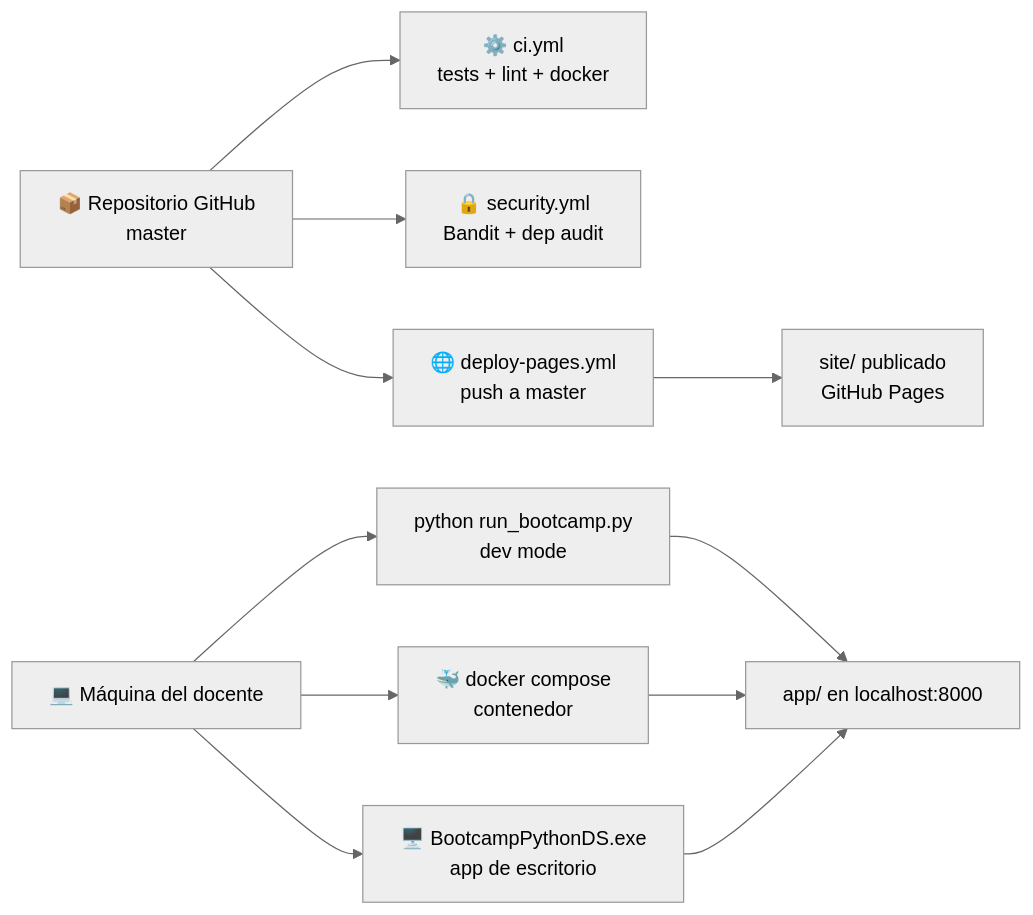
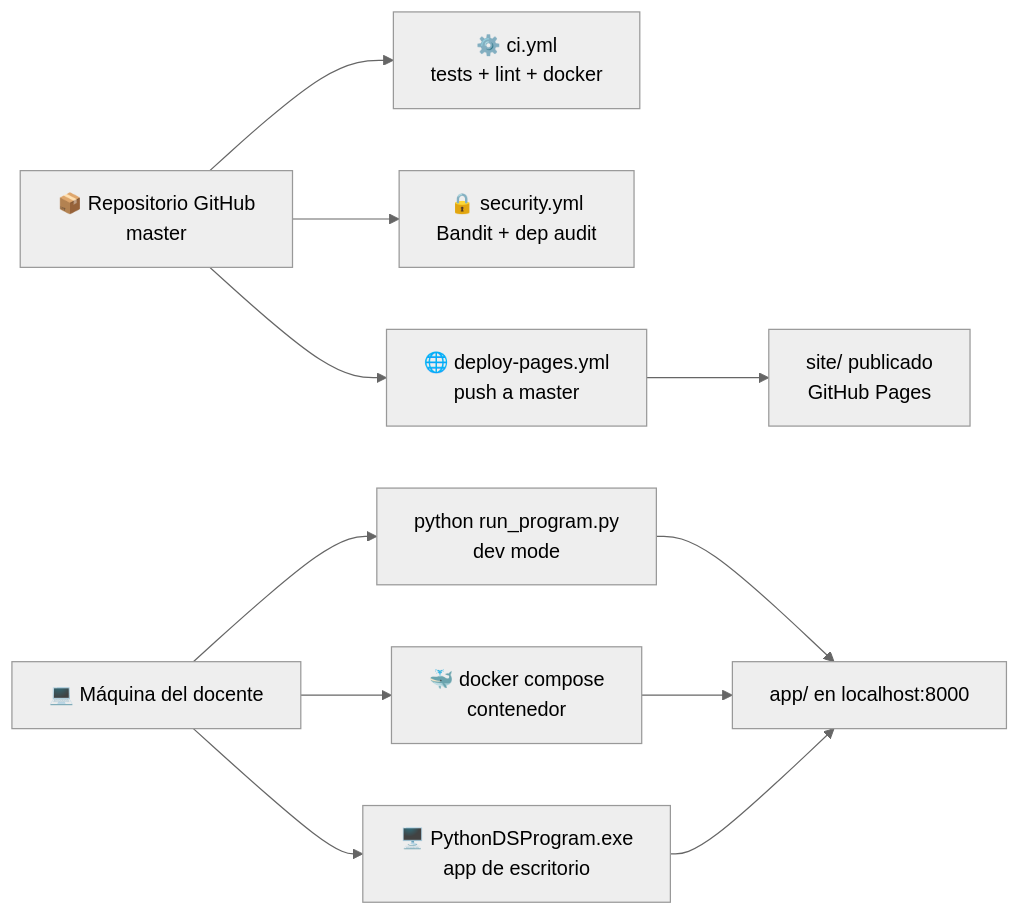
The fourth of 4 diagrams in docs/ARQUITECTURA_PRODUCTO.md (vladimiracunadev-create/python-data-science-bootcamp), drawn with Mermaid (neutral theme) before and after one commit. The commit also changed other lines of this file and 79 other files, not shown here.

First line of the commit message:
chore: renombrar producto a 'Python Data Science Program'

````diff
--- a/docs/ARQUITECTURA_PRODUCTO.md
+++ b/docs/ARQUITECTURA_PRODUCTO.md
@@ -82,14 +82,14 @@
 ```mermaid
 graph LR
     REPO["📦 Repositorio GitHub\nmaster"] --> CI["⚙️ ci.yml\ntests + lint + docker"]
     REPO --> SEC["🔒 security.yml\nBandit + dep audit"]
     REPO --> PAGES["🌐 deploy-pages.yml\npush a master"]
     PAGES --> SITE["site/ publicado\nGitHub Pages"]
 
-    LOCAL["💻 Máquina del docente"] --> VENV["python run_bootcamp.py\ndev mode"]
+    LOCAL["💻 Máquina del docente"] --> VENV["python run_program.py\ndev mode"]
     LOCAL --> DOCKER["🐳 docker compose\ncontenedor"]
-    LOCAL --> WINAPP["🖥️ BootcampPythonDS.exe\napp de escritorio"]
+    LOCAL --> WINAPP["🖥️ PythonDSProgram.exe\napp de escritorio"]
     VENV --> LAB["app/ en localhost:8000"]
     DOCKER --> LAB
     WINAPP --> LAB
 ```
````
